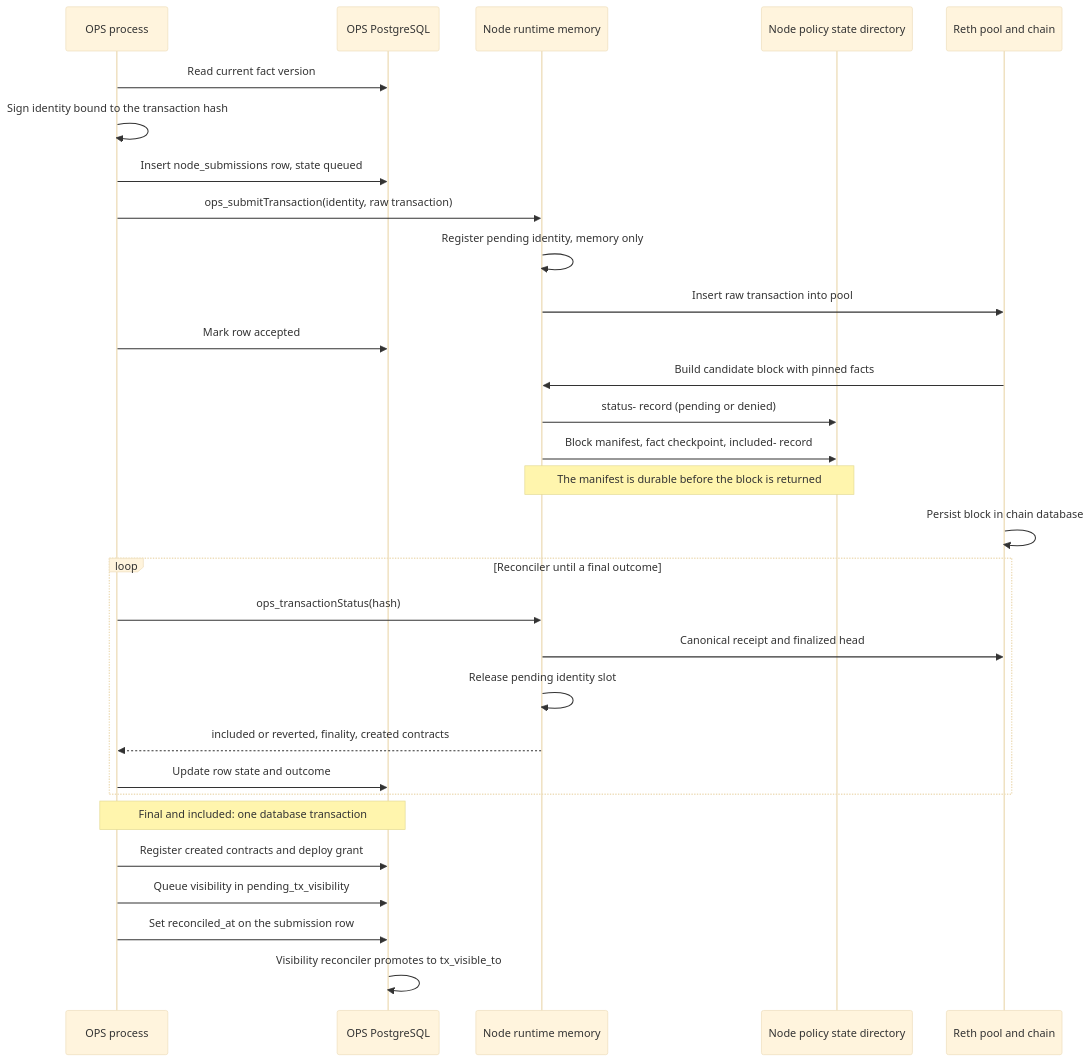
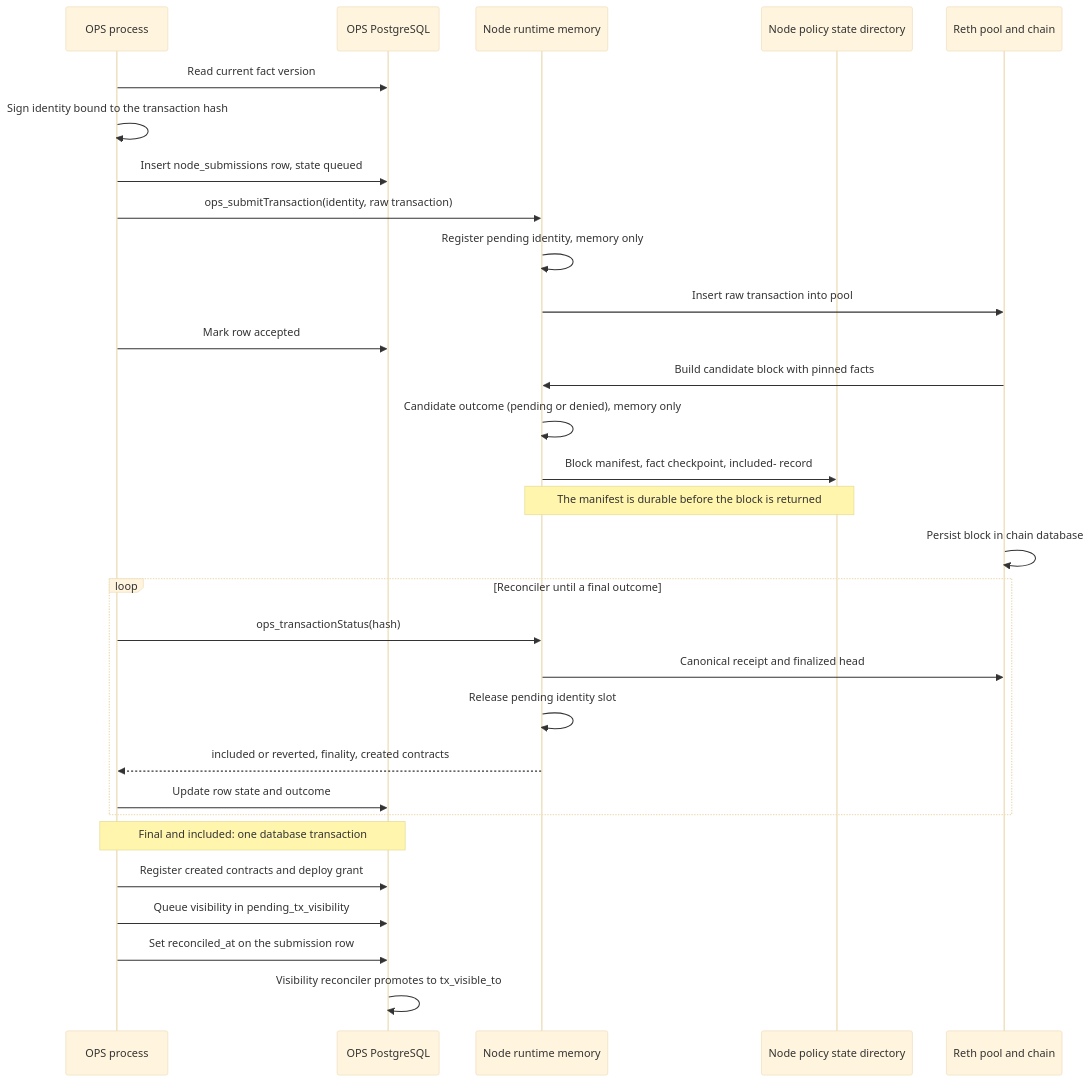
The sixth of 6 diagrams in docs/architecture/reth-execution-flow.md (LFDT-Permissioned-Privacy-Control/permissioned-privacy-control), drawn with Mermaid (base theme) before and after one commit. The commit also changed other lines of this file and 6 other files, not shown here.

First line of the commit message:
node(reth): keep candidate outcomes in memory

````diff
--- a/docs/architecture/reth-execution-flow.md
+++ b/docs/architecture/reth-execution-flow.md
@@ -337,32 +337,32 @@
 ```mermaid
 sequenceDiagram
     participant OPS as OPS process
     participant DB as OPS PostgreSQL
     participant RT as Node runtime memory
     participant Dir as Node policy state directory
     participant Reth as Reth pool and chain
     OPS->>DB: Read current fact version
     OPS->>OPS: Sign identity bound to the transaction hash
     OPS->>DB: Insert node_submissions row, state queued
     OPS->>RT: ops_submitTransaction(identity, raw transaction)
     RT->>RT: Register pending identity, memory only
     RT->>Reth: Insert raw transaction into pool
     OPS->>DB: Mark row accepted
     Reth->>RT: Build candidate block with pinned facts
-    RT->>Dir: status- record (pending or denied)
+    RT->>RT: Candidate outcome (pending or denied), memory only
     RT->>Dir: Block manifest, fact checkpoint, included- record
     Note over RT,Dir: The manifest is durable before the block is returned
     Reth->>Reth: Persist block in chain database
     loop Reconciler until a final outcome
         OPS->>RT: ops_transactionStatus(hash)
         RT->>Reth: Canonical receipt and finalized head
         RT->>RT: Release pending identity slot
         RT-->>OPS: included or reverted, finality, created contracts
         OPS->>DB: Update row state and outcome
     end
     Note over OPS,DB: Final and included: one database transaction
     OPS->>DB: Register created contracts and deploy grant
     OPS->>DB: Queue visibility in pending_tx_visibility
     OPS->>DB: Set reconciled_at on the submission row
     DB->>DB: Visibility reconciler promotes to tx_visible_to
 ```
````
